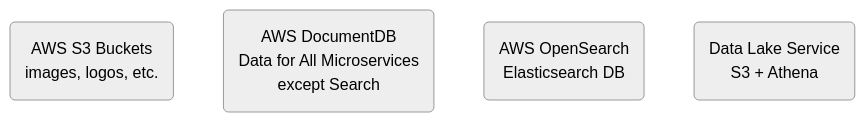
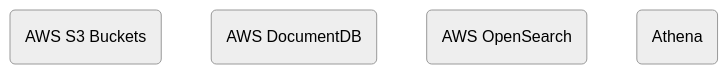
The fourth of 5 diagrams in specifications/ARCHITECTURE.md (agile-learning-institute/mentorHub), drawn with Mermaid (neutral theme) before and after one commit. The commit also changed other lines of this file, not shown here.

Commit message:
fixed multi-line diagram errors

````diff
--- a/specifications/ARCHITECTURE.md
+++ b/specifications/ARCHITECTURE.md
@@ -148,13 +148,8 @@
 ```mermaid
 flowchart TD
-    S3(AWS S3 Buckets
-        images, logos, etc.)
-    ADB(AWS DocumentDB
-        Data for All Microservices
-        except Search)
-    Search(AWS OpenSearch
-            Elasticsearch DB)
-    DataLake(Data Lake Service
-            S3 + Athena) 
+    S3(AWS S3 Buckets)
+    ADB(AWS DocumentDB)
+    Search(AWS OpenSearch)
+    DataLake(Athena) 
 
 ```
````
